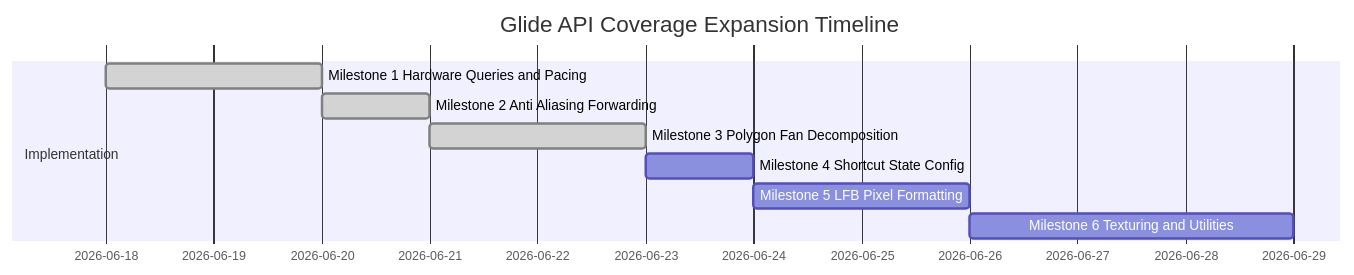
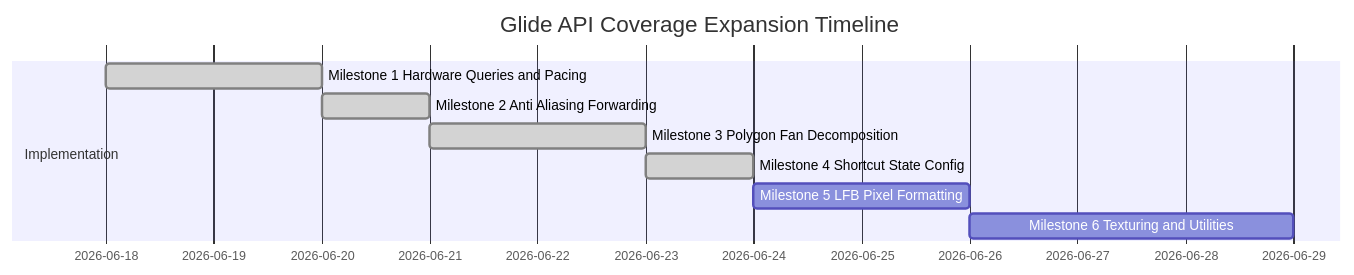
The diagram in docs/glide_coverage_roadmap.md (eugenenuke/glide-ng), drawn with Mermaid before and after one commit. The commit also changed other lines of this file and 10 other files, not shown here.

Commit message:
Milestone 4: Implement and verify Shortcut State Configuration APIs (grColorMask, grConstantColorValue4, grDisableAllEffects)

````diff
--- a/docs/glide_coverage_roadmap.md
+++ b/docs/glide_coverage_roadmap.md
@@ -20,12 +20,12 @@
 ```mermaid
 gantt
     title Glide API Coverage Expansion Timeline
     dateFormat  YYYY-MM-DD
     section Implementation
     Milestone 1 Hardware Queries and Pacing     :done, m1, 2026-06-18, 2d
     Milestone 2 Anti Aliasing Forwarding        :done, m2, after m1, 1d
     Milestone 3 Polygon Fan Decomposition       :done, m3, after m2, 2d
-    Milestone 4 Shortcut State Config           :        m4, after m3, 1d
+    Milestone 4 Shortcut State Config           :done,   m4, after m3, 1d
     Milestone 5 LFB Pixel Formatting            :        m5, after m4, 2d
     Milestone 6 Texturing and Utilities         :        m6, after m5, 3d
 ```
````
